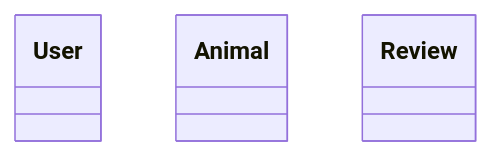
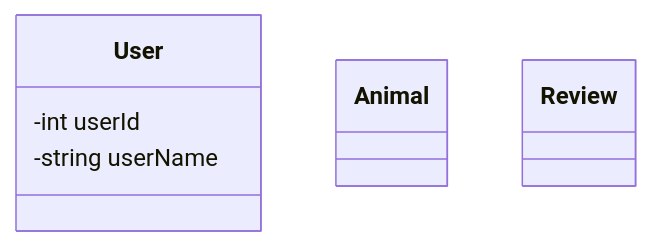
One commit to bryan-jose-valdiviezo/sit-a-pup changed the diagram in README.md. Above: the diagram before and after it, drawn with Mermaid.

````diff
--- a/README.md
+++ b/README.md
@@ -3,6 +3,9 @@
 ```mermaid
  classDiagram
-      class User
+      class User {
+            -int userId
+            -string userName
+      }
       class Animal
       class Review
 ```
````
